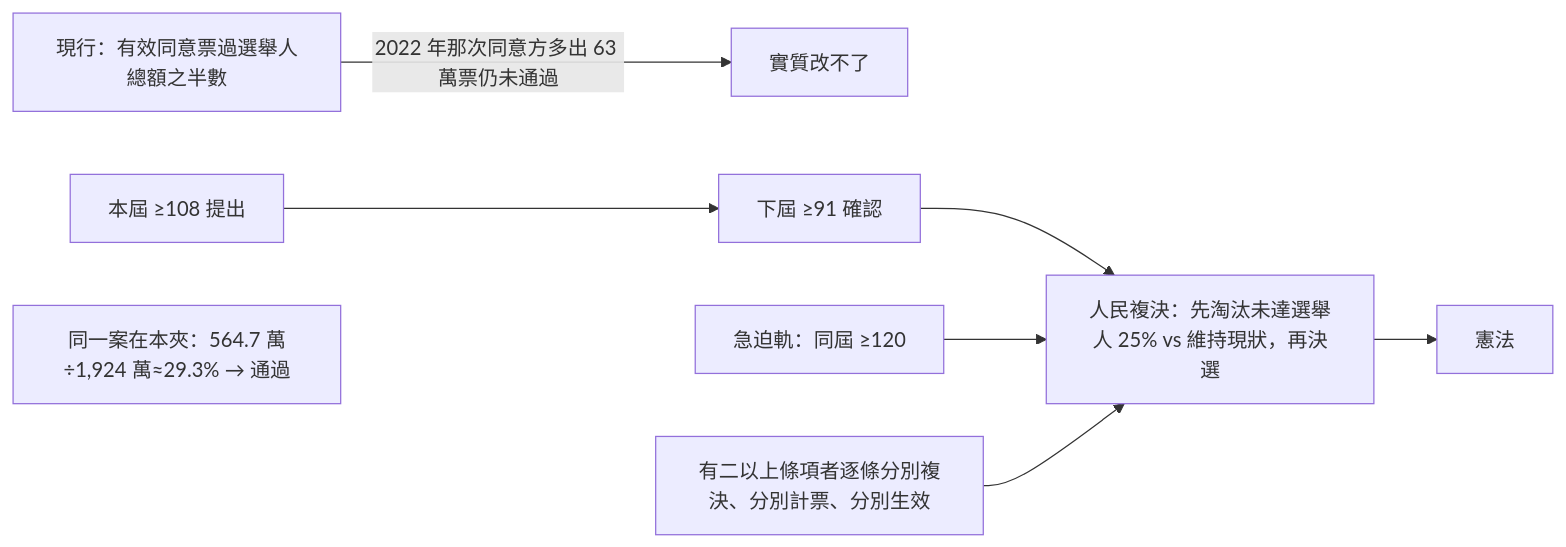
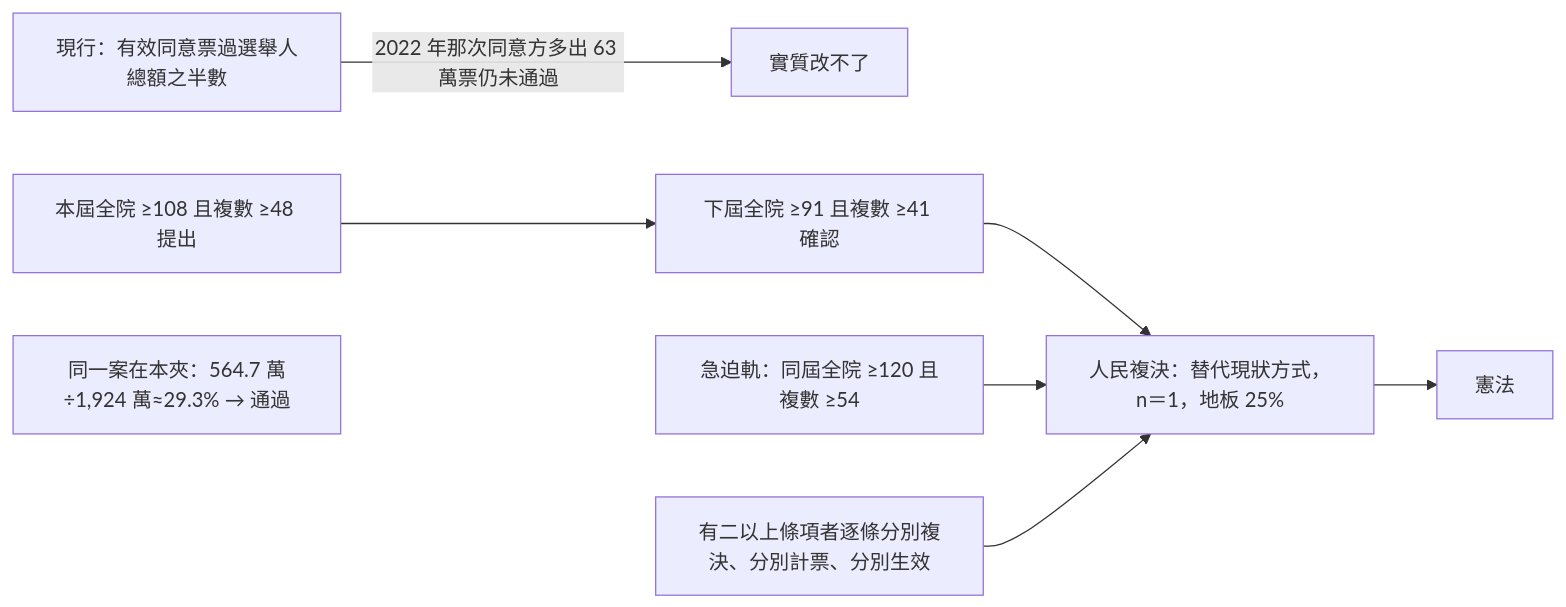
One commit to IRonROOT578/Political-Economy-Research-Public changed the sixth of 12 diagrams in topics/regime-designs/designs/台灣/一院總統制-測試/憲政架構圖.md. Above: the diagram before and after it, drawn with Mermaid. The commit also changed other lines of this file and 241 other files, not shown here.

````diff
--- a/topics/regime-designs/designs/台灣/一院總統制-測試/憲政架構圖.md
+++ b/topics/regime-designs/designs/台灣/一院總統制-測試/憲政架構圖.md
@@ -83,10 +85,10 @@
 ```mermaid
 flowchart LR
   Now[現行：有效同意票過選舉人總額之半數] -->|2022 年那次同意方多出 63 萬票仍未通過| Fail[實質改不了]
-  P1[本屆 ≥108 提出] --> P2[下屆 ≥91 確認]
-  P2 --> P3[人民複決：先淘汰未達選舉人 25% vs 維持現狀，再決選]
+  P1[本屆全院 ≥108 且複數 ≥48 提出] --> P2[下屆全院 ≥91 且複數 ≥41 確認]
+  P2 --> P3[人民複決：替代現狀方式，n＝1，地板 25%]
   P3 --> Const[憲法]
-  U1[急迫軌：同屆 ≥120] --> P3
+  U1[急迫軌：同屆全院 ≥120 且複數 ≥54] --> P3
   Split[有二以上條項者逐條分別複決、分別計票、分別生效] --> P3
   Check[同一案在本夾：564.7 萬÷1,924 萬≈29.3% → 通過]
 ```
````
